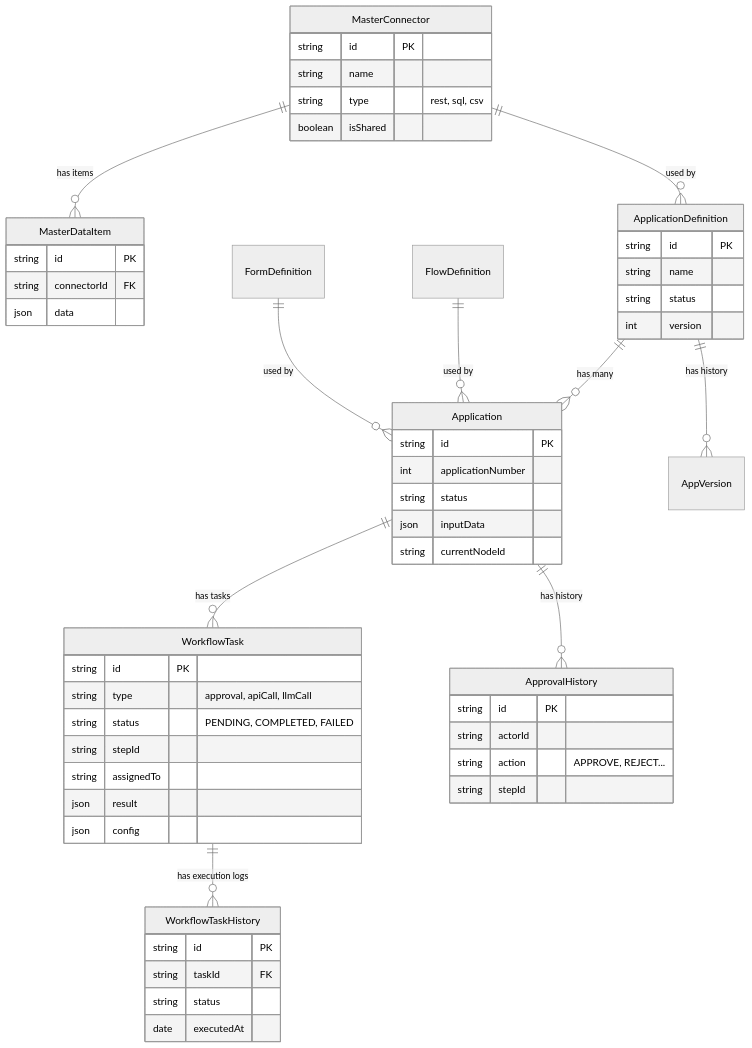
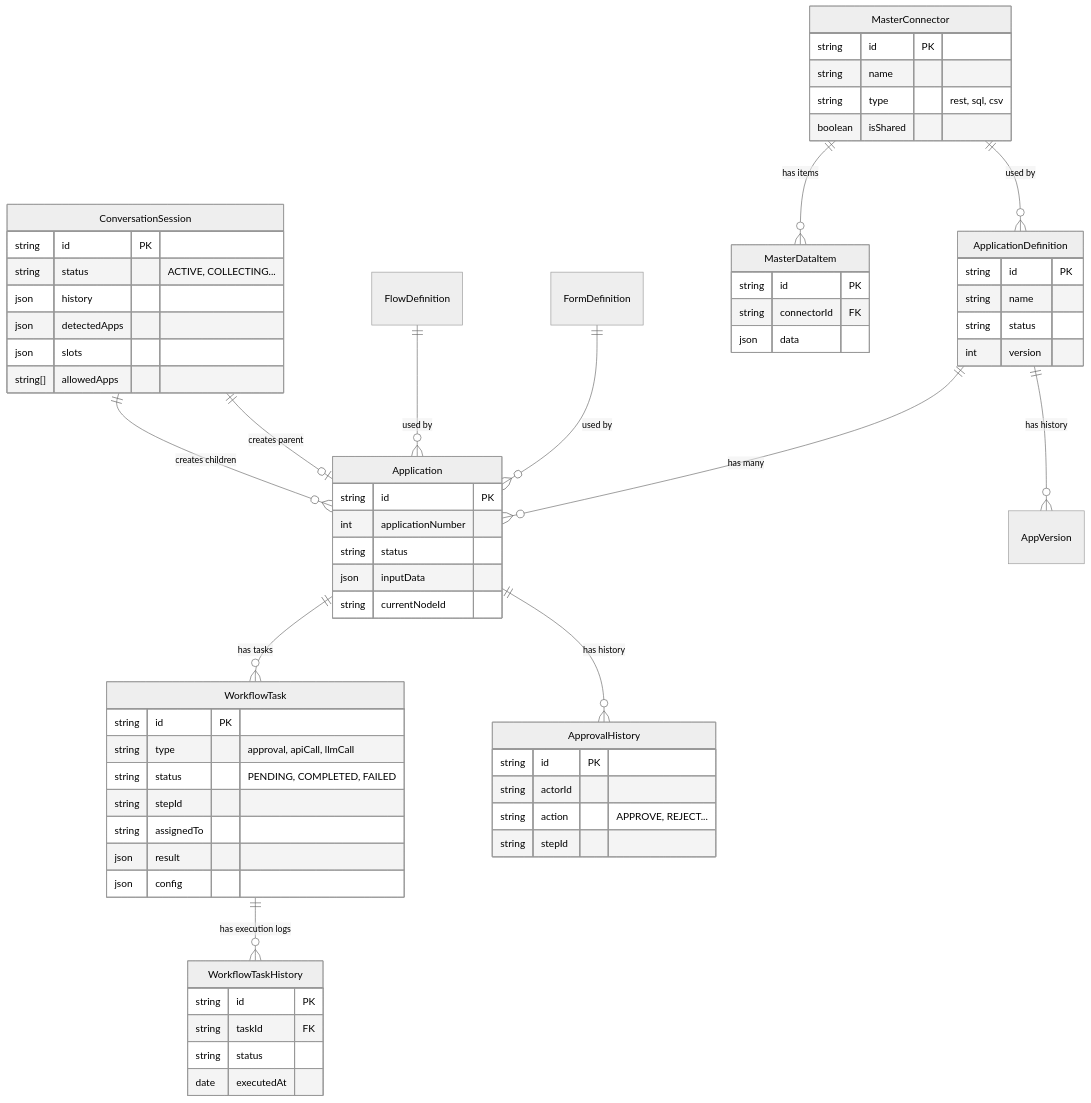
Before and after one commit to kenichi-33/flow-craft: the diagram in backend/docs/database_schema.md, drawn with Mermaid (neutral theme). The commit also changed other lines of this file and 9 other files, not shown here.

````diff
--- a/backend/docs/database_schema.md
+++ b/backend/docs/database_schema.md
@@ -6,67 +6,79 @@
 ```mermaid
 erDiagram
     ApplicationDefinition ||--o{ Application : "has many"
     ApplicationDefinition ||--o{ AppVersion : "has history"
     FormDefinition ||--o{ Application : "used by"
     FlowDefinition ||--o{ Application : "used by"
     
     Application ||--o{ WorkflowTask : "has tasks"
     Application ||--o{ ApprovalHistory : "has history"
     
     WorkflowTask ||--o{ WorkflowTaskHistory : "has execution logs"
 
     ApplicationDefinition {
         string id PK
         string name
         string status
         int version
     }
 
     Application {
         string id PK
         int applicationNumber
         string status
         json inputData
         string currentNodeId
     }
 
     WorkflowTask {
         string id PK
         string type "approval, apiCall, llmCall"
         string status "PENDING, COMPLETED, FAILED"
         string stepId
         string assignedTo
         json result
         json config
     }
 
     WorkflowTaskHistory {
         string id PK
         string taskId FK
         string status
         date executedAt
     }
 
     ApprovalHistory {
         string id PK
         string actorId
         string action "APPROVE, REJECT..."
         string stepId
     }
 
     MasterConnector ||--o{ MasterDataItem : "has items"
     MasterConnector ||--o{ ApplicationDefinition : "used by"
 
     MasterConnector {
         string id PK
         string name
         string type "rest, sql, csv"
         boolean isShared
     }
+    
+    ConversationSession {
+        string id PK
+        string status "ACTIVE, COLLECTING..."
+        json history
+        json detectedApps
+        json slots
+        string[] allowedApps
+    }
+    
+    ConversationSession ||--o| Application : "creates parent"
+    ConversationSession ||--o{ Application : "creates children"
 
     MasterDataItem {
         string id PK
         string connectorId FK
         json data
     }
 ```
````
